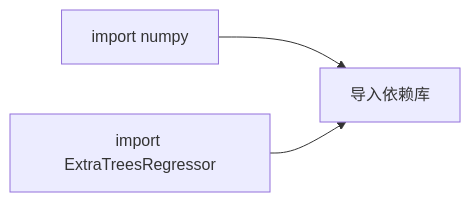
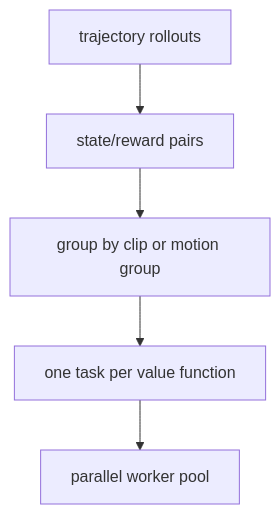
Before and after one commit to EvihGraphics/AnimationTech-HTC: the third of 12 diagrams in docs/blog/AnimationPapers/real_time_planning_multiprocess_func/README.md, drawn with Mermaid. The commit also changed other lines of this file and 6 other files, not shown here.

````diff
--- a/docs/blog/AnimationPapers/real_time_planning_multiprocess_func/README.md
+++ b/docs/blog/AnimationPapers/real_time_planning_multiprocess_func/README.md
@@ -79,5 +77,7 @@
 ```mermaid
-flowchart LR
-    A[import numpy] --> B[导入依赖库]
-    C[import ExtraTreesRegressor] --> B
+flowchart TD
+    A[trajectory rollouts] --> B[state/reward pairs]
+    B --> C[group by clip or motion group]
+    C --> D[one task per value function]
+    D --> E[parallel worker pool]
 ```
````
